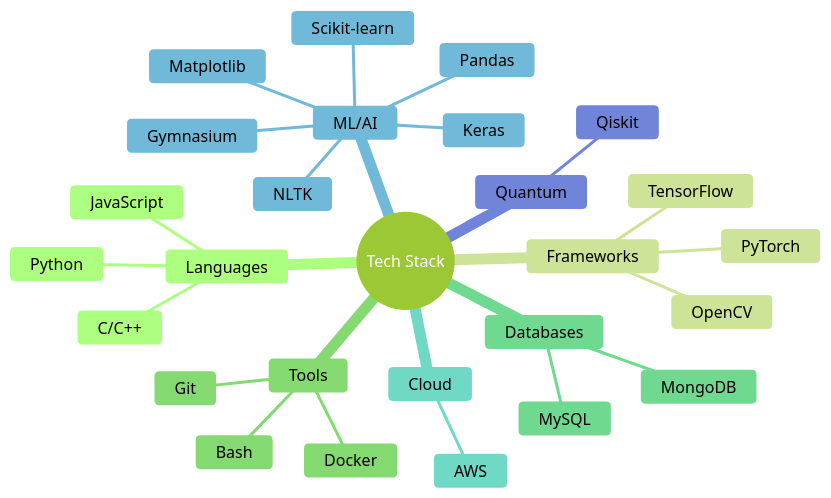
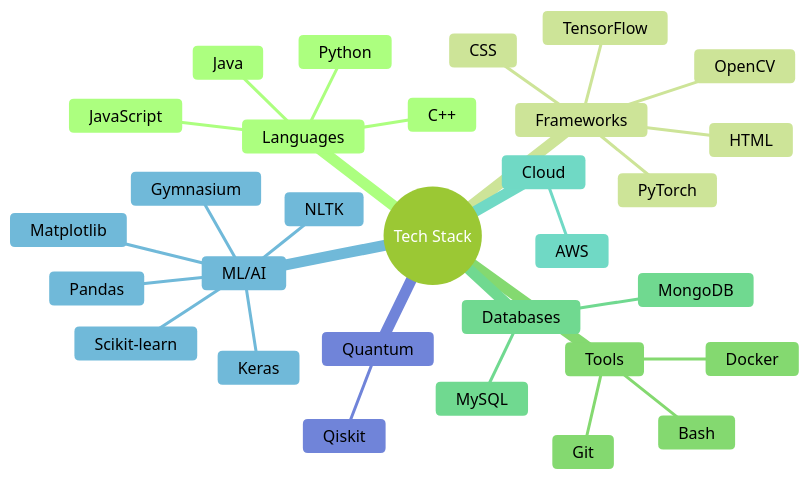
One commit to ka-us-tubh/ka-us-tubh changed the diagram in README.md. Above: the diagram before and after it, drawn with Mermaid.

````diff
--- a/README.md
+++ b/README.md
@@ -65,32 +65,35 @@
 ```mermaid
 %%{init: {'theme': 'forest'}}%%
 mindmap
 root((Tech Stack))
                   Languages
                     Python
-                    C/C++
+                    C++
+                    Java
                     JavaScript
                   Frameworks
                     TensorFlow
                     PyTorch
                     OpenCV
+                    HTML
+                    CSS
                   Tools
                     Git
                     Docker
                     Bash
                   Databases
                     MySQL
                     MongoDB
                   Cloud
                     AWS
                   ML/AI
                     Scikit-learn
                     Keras
                     NLTK
                     Pandas
                     Gymnasium
                     Matplotlib
                   Quantum
                     Qiskit
       
 ```
````
